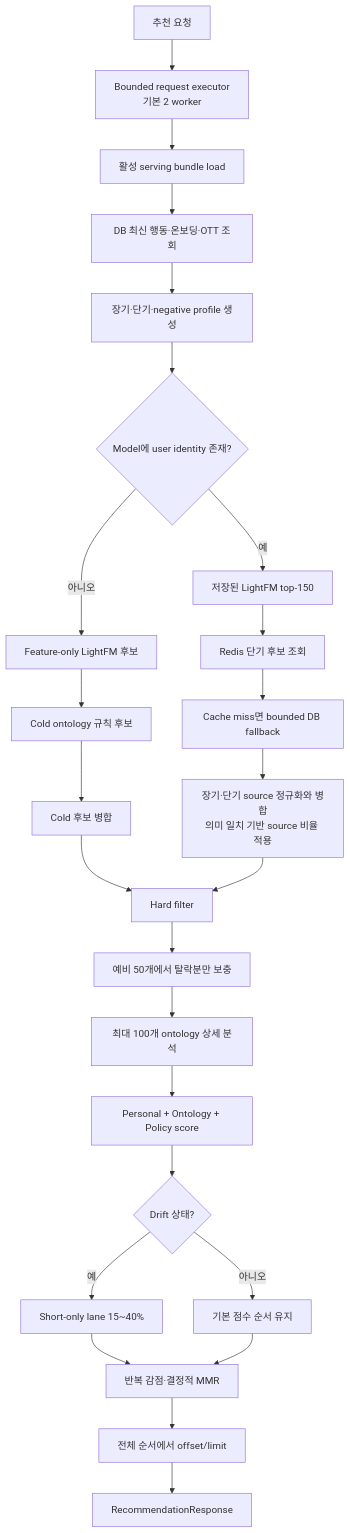
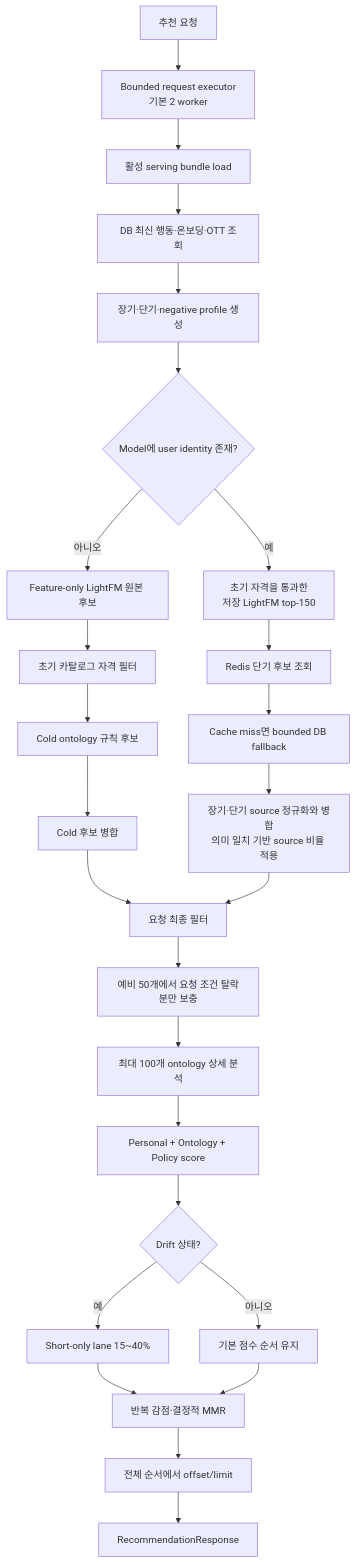
One commit to SSAG-amja/VIDEO_BACK changed the third of 5 diagrams in z_v3_docs/01_architecture_and_pipeline.md. Above: the diagram before and after it, drawn with Mermaid. The commit also changed other lines of this file and 9 other files, not shown here.

````diff
--- a/z_v3_docs/01_architecture_and_pipeline.md
+++ b/z_v3_docs/01_architecture_and_pipeline.md
@@ -76,27 +77,28 @@
 ```mermaid
 flowchart TD
     A[추천 요청] --> AX[Bounded request executor<br/>기본 2 worker]
     AX --> B[활성 serving bundle load]
     B --> C[DB 최신 행동·온보딩·OTT 조회]
     C --> D[장기·단기·negative profile 생성]
     D --> E{Model에 user identity 존재?}
-    E -- 예 --> F[저장된 LightFM top-150]
-    E -- 아니오 --> G[Feature-only LightFM 후보]
-    G --> H[Cold ontology 규칙 후보]
+    E -- 예 --> F[초기 자격을 통과한<br/>저장 LightFM top-150]
+    E -- 아니오 --> G[Feature-only LightFM 원본 후보]
+    G --> GA[초기 카탈로그 자격 필터]
+    GA --> H[Cold ontology 규칙 후보]
     H --> I[Cold 후보 병합]
     F --> J[Redis 단기 후보 조회]
     J --> K[Cache miss면 bounded DB fallback]
     K --> L[장기·단기 source 정규화와 병합<br/>의미 일치 기반 source 비율 적용]
-    I --> M[Hard filter]
+    I --> M[요청 최종 필터]
     L --> M
-    M --> N[예비 50개에서 탈락분만 보충]
+    M --> N[예비 50개에서 요청 조건 탈락분만 보충]
     N --> O[최대 100개 ontology 상세 분석]
     O --> P[Personal + Ontology + Policy score]
     P --> Q{Drift 상태?}
     Q -- 예 --> R[Short-only lane 15~40%]
     Q -- 아니오 --> S[기본 점수 순서 유지]
     R --> T[반복 감점·결정적 MMR]
     S --> T
     T --> U[전체 순서에서 offset/limit]
     U --> V[RecommendationResponse]
 ```
````
